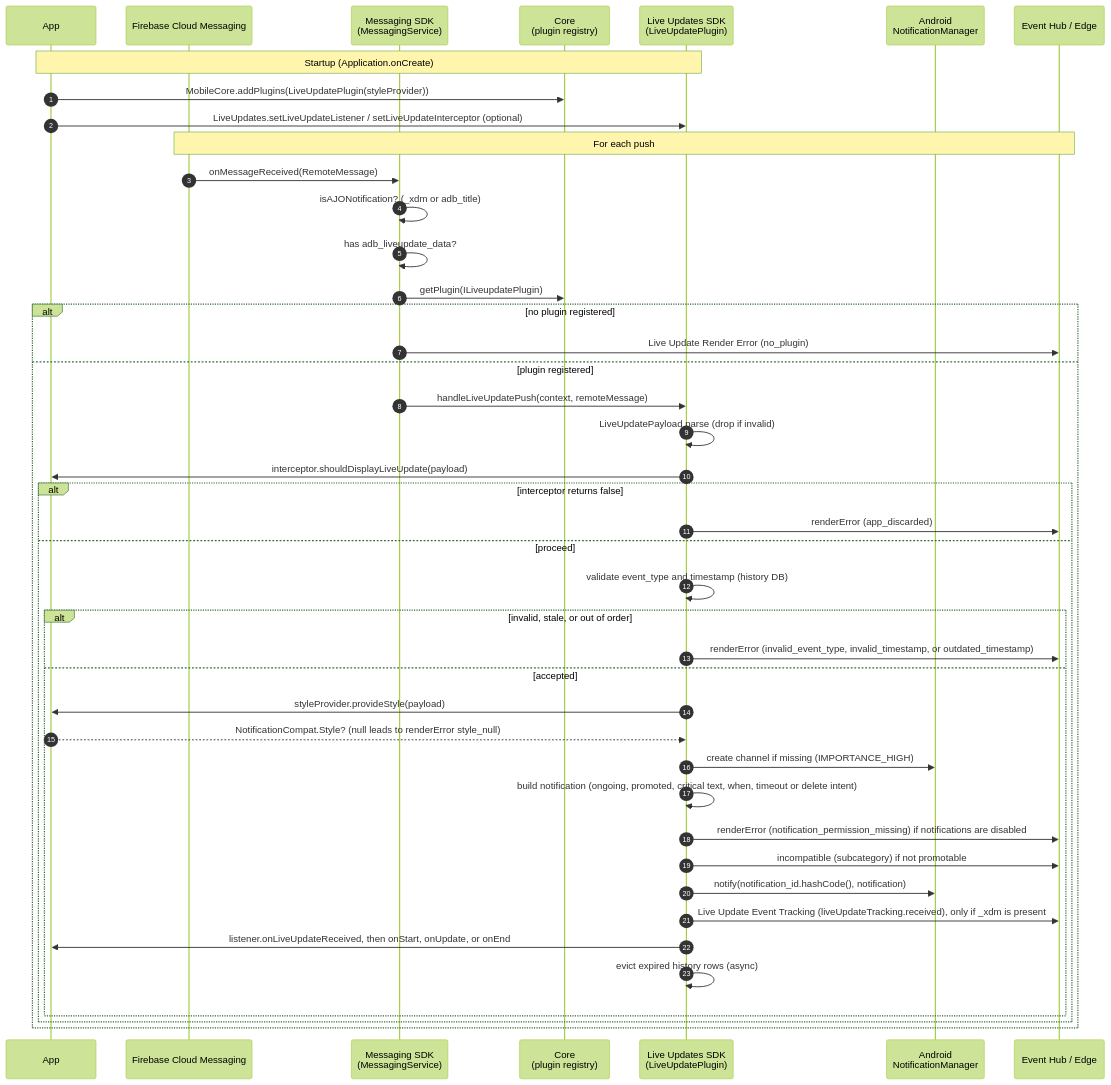
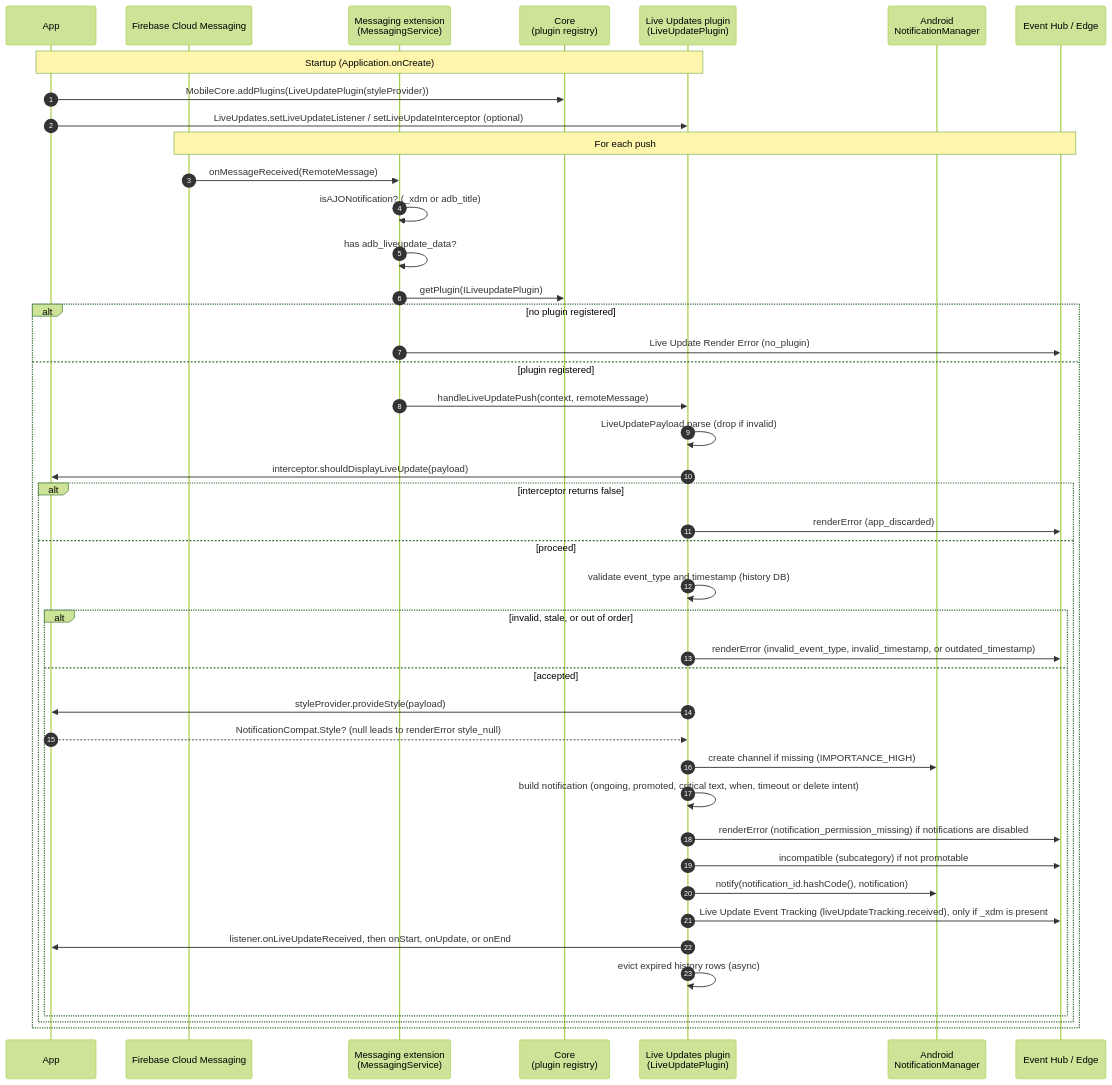
Before and after one commit to adobe/aepsdk-liveupdates-android: the second of 3 diagrams in Documentation/architecture.md, drawn with Mermaid (forest theme). The commit also changed other lines of this file and 8 other files, not shown here.

````diff
--- a/Documentation/architecture.md
+++ b/Documentation/architecture.md
@@ -113,47 +122,47 @@
 ```mermaid
 sequenceDiagram
     autonumber
     participant App as App
     participant FCM as Firebase Cloud Messaging
-    participant Msg as Messaging SDK<br/>(MessagingService)
+    participant Msg as Messaging extension<br/>(MessagingService)
     participant Core as Core<br/>(plugin registry)
-    participant LU as Live Updates SDK<br/>(LiveUpdatePlugin)
+    participant LU as Live Updates plugin<br/>(LiveUpdatePlugin)
     participant OS as Android<br/>NotificationManager
     participant Hub as Event Hub / Edge
 
     Note over App,LU: Startup (Application.onCreate)
     App->>Core: MobileCore.addPlugins(LiveUpdatePlugin(styleProvider))
     App->>LU: LiveUpdates.setLiveUpdateListener / setLiveUpdateInterceptor (optional)
 
     Note over FCM,Hub: For each push
     FCM->>Msg: onMessageReceived(RemoteMessage)
     Msg->>Msg: isAJONotification? (_xdm or adb_title)
     Msg->>Msg: has adb_liveupdate_data?
     Msg->>Core: getPlugin(ILiveupdatePlugin)
     alt no plugin registered
         Msg->>Hub: Live Update Render Error (no_plugin)
     else plugin registered
         Msg->>LU: handleLiveUpdatePush(context, remoteMessage)
         LU->>LU: LiveUpdatePayload.parse (drop if invalid)
         LU->>App: interceptor.shouldDisplayLiveUpdate(payload)
         alt interceptor returns false
             LU->>Hub: renderError (app_discarded)
         else proceed
             LU->>LU: validate event_type and timestamp (history DB)
             alt invalid, stale, or out of order
                 LU->>Hub: renderError (invalid_event_type, invalid_timestamp, or outdated_timestamp)
             else accepted
                 LU->>App: styleProvider.provideStyle(payload)
                 App-->>LU: NotificationCompat.Style? (null leads to renderError style_null)
                 LU->>OS: create channel if missing (IMPORTANCE_HIGH)
                 LU->>LU: build notification (ongoing, promoted, critical text, when, timeout or delete intent)
                 LU->>Hub: renderError (notification_permission_missing) if notifications are disabled
                 LU->>Hub: incompatible (subcategory) if not promotable
                 LU->>OS: notify(notification_id.hashCode(), notification)
                 LU->>Hub: Live Update Event Tracking (liveUpdateTracking.received), only if _xdm is present
                 LU->>App: listener.onLiveUpdateReceived, then onStart, onUpdate, or onEnd
                 LU->>LU: evict expired history rows (async)
             end
         end
     end
 ```
````
